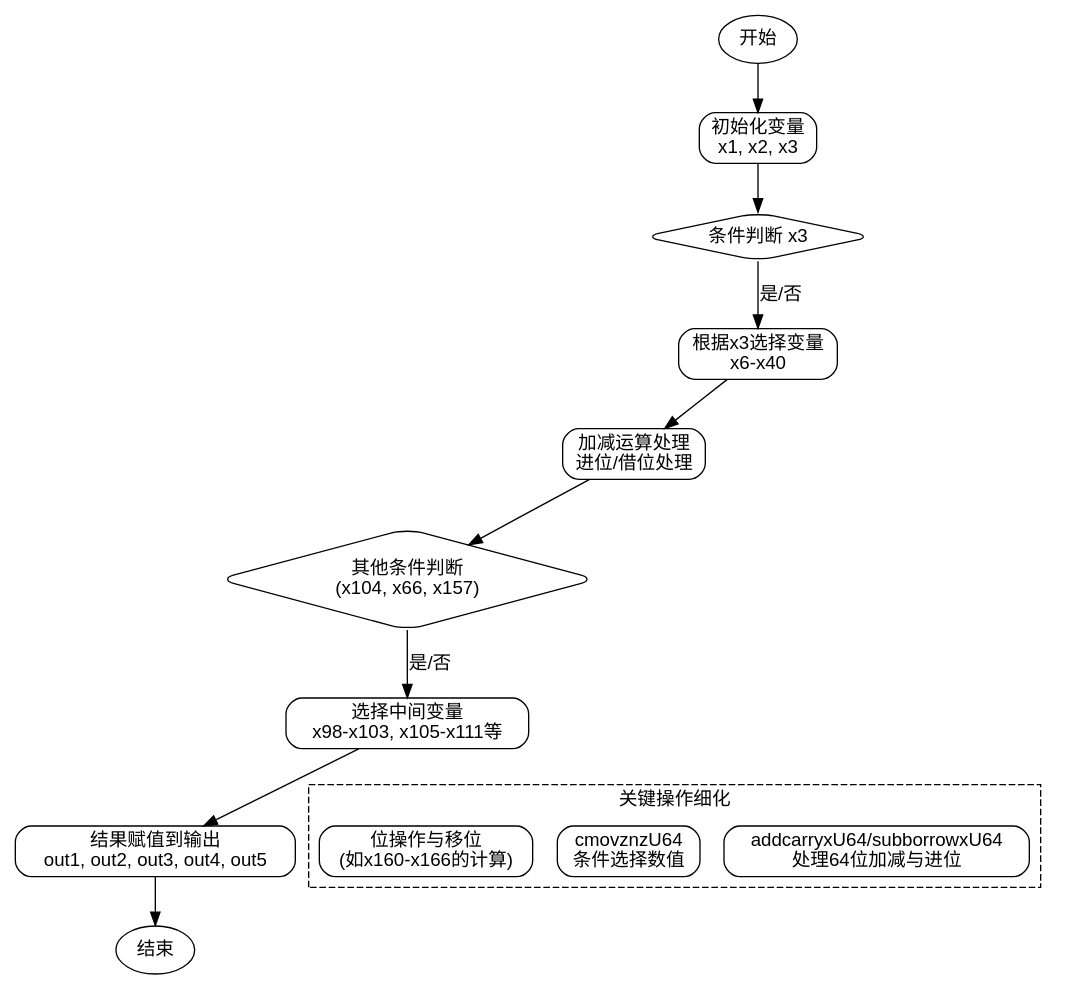
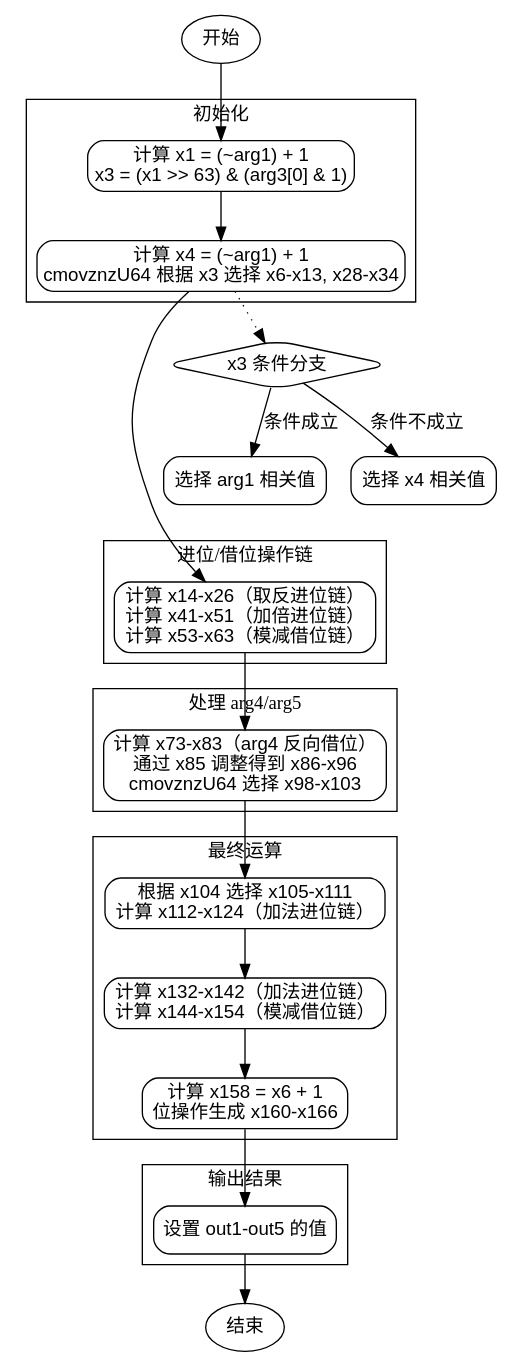
The diagram in dot_std/crypto/pcurves/p384/p384_64.zig.divstep.md (sdzx-1/deepseek-zig-reader), drawn with Graphviz before and after one commit. The commit also changed other lines of this file and 236 other files, not shown here.

````diff
--- a/dot_std/crypto/pcurves/p384/p384_64.zig.divstep.md
+++ b/dot_std/crypto/pcurves/p384/p384_64.zig.divstep.md
@@ -55,39 +59,56 @@
 ```dot
 digraph flowchart {
-    node [shape=rectangle, style="rounded", fontname="Helvetica"];
-    edge [fontname="Helvetica"];
+    node [shape=rectangle, style="rounded", fontname="Arial"];
+    edge [fontname="Arial"];
 
     start [label="开始", shape=ellipse];
-    init [label="初始化变量\nx1, x2, x3"];
-    cond_x3 [label="条件判断 x3", shape=diamond];
-    select_vars [label="根据x3选择变量\nx6-x40"];
-    add_sub_ops [label="加减运算处理\n进位/借位处理"];
-    cond_others [label="其他条件判断\n(x104, x66, x157)", shape=diamond];
-    select_mid_vars [label="选择中间变量\nx98-x103, x105-x111等"];
-    final_assign [label="结果赋值到输出\nout1, out2, out3, out4, out5"];
     end [label="结束", shape=ellipse];
 
-    start -> init;
-    init -> cond_x3;
-    cond_x3 -> select_vars [label="是/否"];
-    select_vars -> add_sub_ops;
-    add_sub_ops -> cond_others;
-    cond_others -> select_mid_vars [label="是/否"];
-    select_mid_vars -> final_assign;
-    final_assign -> end;
-
-    // 细化关键操作节点
-    subgraph cluster_key_ops {
-        label="关键操作细化";
-        style=dashed;
-
-        addcarry_subborrow [label="addcarryxU64/subborrowxU64\n处理64位加减与进位"];
-        cmovznz [label="cmovznzU64\n条件选择数值"];
-        bit_ops [label="位操作与移位\n(如x160-x166的计算)"];
+    subgraph cluster_init {
+        label="初始化";
+        init1 [label="计算 x1 = (~arg1) + 1\nx3 = (x1 >> 63) & (arg3[0] & 1)"];
+        init2 [label="计算 x4 = (~arg1) + 1\ncmovznzU64 根据 x3 选择 x6-x13, x28-x34"];
     }
 
-    select_vars -> addcarry_subborrow [style=invis];
-    add_sub_ops -> cmovznz [style=invis];
-    select_mid_vars -> bit_ops [style=invis];
+    subgraph cluster_chain1 {
+        label="进位/借位操作链";
+        chain1 [label="计算 x14-x26（取反进位链）\n计算 x41-x51（加倍进位链）\n计算 x53-x63（模减借位链）"];
+    }
+
+    subgraph cluster_arg4_arg5 {
+        label="处理 arg4/arg5";
+        arg4_arg5 [label="计算 x73-x83（arg4 反向借位）\n通过 x85 调整得到 x86-x96\ncmovznzU64 选择 x98-x103"];
+    }
+
+    subgraph cluster_final_ops {
+        label="最终运算";
+        final1 [label="根据 x104 选择 x105-x111\n计算 x112-x124（加法进位链）"];
+        final2 [label="计算 x132-x142（加法进位链）\n计算 x144-x154（模减借位链）"];
+        final3 [label="计算 x158 = x6 + 1\n位操作生成 x160-x166"];
+    }
+
+    subgraph cluster_output {
+        label="输出结果";
+        output [label="设置 out1-out5 的值"];
+    }
+
+    start -> init1;
+    init1 -> init2;
+    init2 -> chain1;
+    chain1 -> arg4_arg5;
+    arg4_arg5 -> final1;
+    final1 -> final2;
+    final2 -> final3;
+    final3 -> output;
+    output -> end;
+
+    // 条件分支示意
+    init2 -> x3_condition [style=dotted];
+    x3_condition [label="x3 条件分支", shape=diamond];
+    x3_condition -> init2_yes [label="条件成立"];
+    x3_condition -> init2_no [label="条件不成立"];
+    init2_yes [label="选择 arg1 相关值", shape=box];
+    init2_no [label="选择 x4 相关值", shape=box];
+    {init2_yes init2_no} -> chain1 [style=invis];
 }
 ``` 
````
